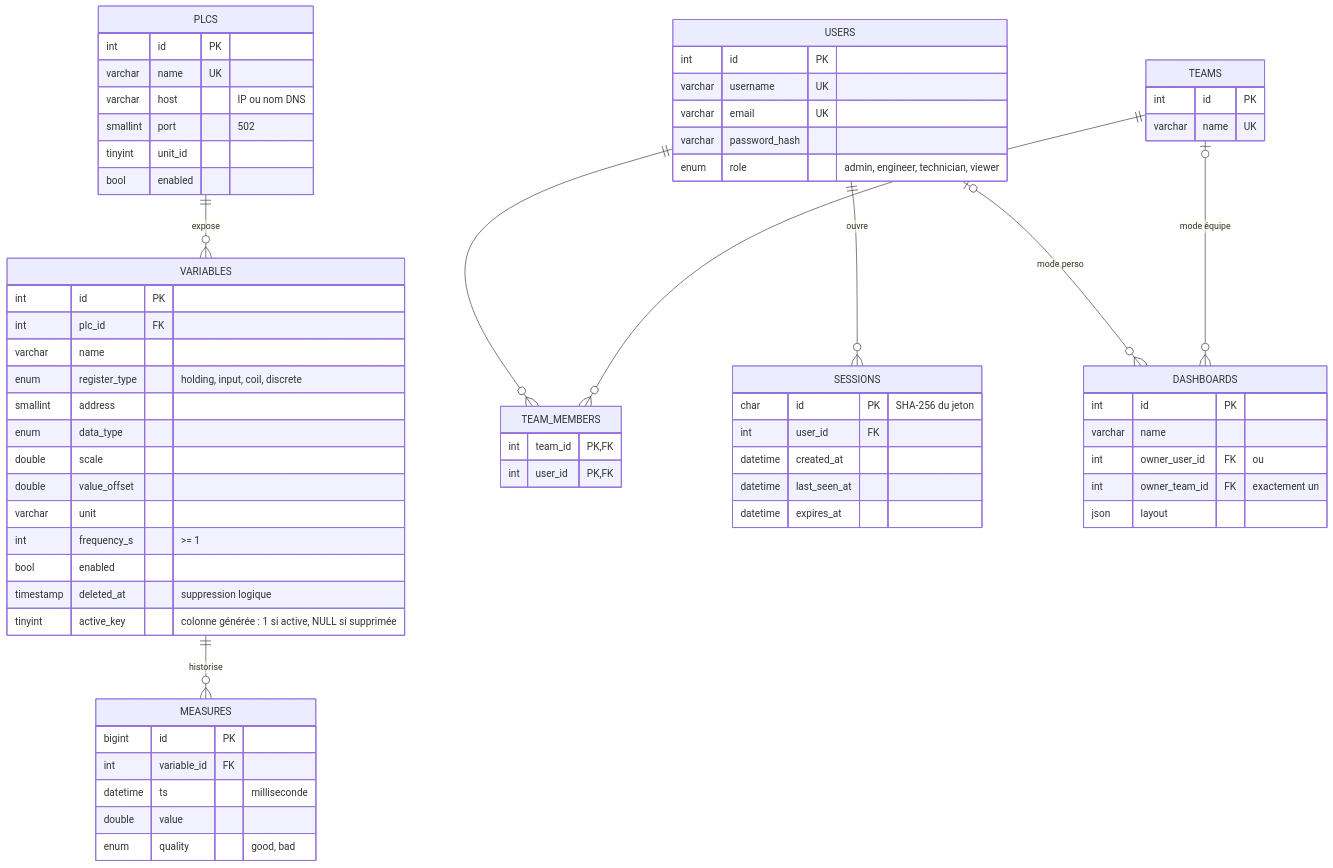
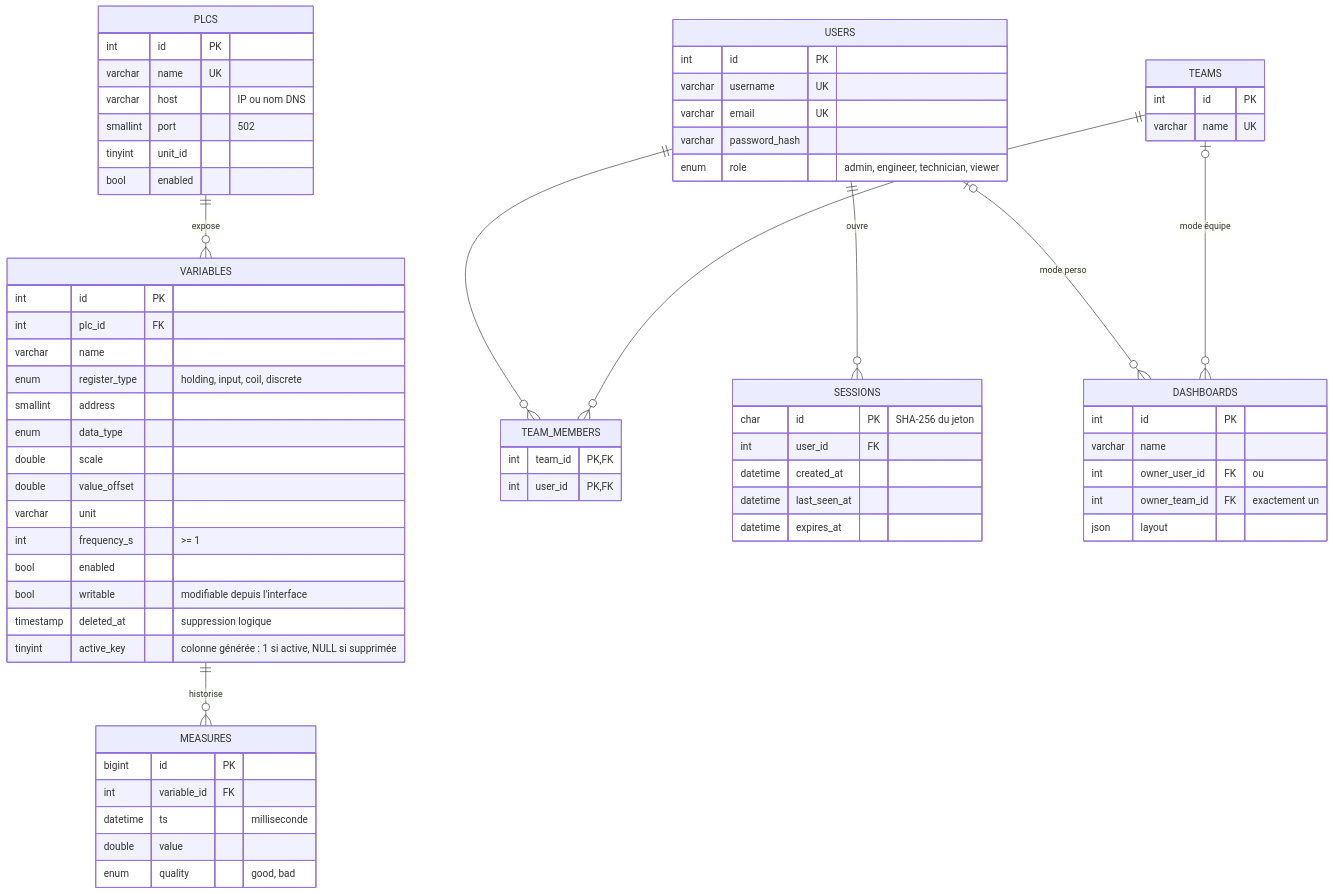
Before and after one commit to TiTooom/TP_SI_2027_Outil_Industriel: the second of 2 diagrams in docs/RAPPORT.md, drawn with Mermaid. The commit also changed other lines of this file and 32 other files, not shown here.

````diff
--- a/docs/RAPPORT.md
+++ b/docs/RAPPORT.md
@@ -108,70 +108,71 @@
 ```mermaid
 erDiagram
     PLCS ||--o{ VARIABLES : "expose"
     VARIABLES ||--o{ MEASURES : "historise"
     USERS ||--o{ TEAM_MEMBERS : ""
     TEAMS ||--o{ TEAM_MEMBERS : ""
     USERS ||--o{ SESSIONS : "ouvre"
     USERS |o--o{ DASHBOARDS : "mode perso"
     TEAMS |o--o{ DASHBOARDS : "mode équipe"
 
     PLCS {
         int id PK
         varchar name UK
         varchar host "IP ou nom DNS"
         smallint port "502"
         tinyint unit_id
         bool enabled
     }
     VARIABLES {
         int id PK
         int plc_id FK
         varchar name
         enum register_type "holding, input, coil, discrete"
         smallint address
         enum data_type
         double scale
         double value_offset
         varchar unit
         int frequency_s ">= 1"
         bool enabled
+        bool writable "modifiable depuis l'interface"
         timestamp deleted_at "suppression logique"
         tinyint active_key "colonne générée : 1 si active, NULL si supprimée"
     }
     MEASURES {
         bigint id PK
         int variable_id FK
         datetime ts "milliseconde"
         double value
         enum quality "good, bad"
     }
     USERS {
         int id PK
         varchar username UK
         varchar email UK
         varchar password_hash
         enum role "admin, engineer, technician, viewer"
     }
     TEAMS {
         int id PK
         varchar name UK
     }
     TEAM_MEMBERS {
         int team_id PK, FK
         int user_id PK, FK
     }
     SESSIONS {
         char id PK "SHA-256 du jeton"
         int user_id FK
         datetime created_at
         datetime last_seen_at
         datetime expires_at
     }
     DASHBOARDS {
         int id PK
         varchar name
         int owner_user_id FK "ou"
         int owner_team_id FK "exactement un"
         json layout
     }
 ```
````
